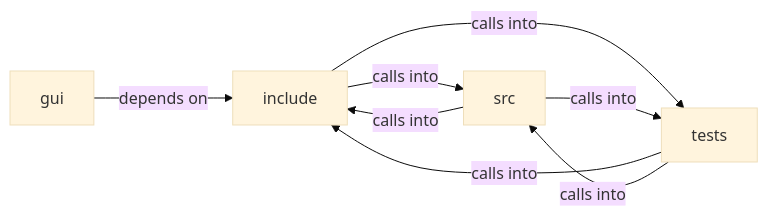
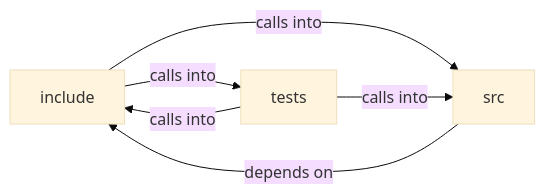
Before and after one commit to grisuno/FreeDom: the diagram in readmenator-diagrams/include_page_view.md, drawn with Mermaid (base theme). The commit also changed other lines of this file and 248 other files, not shown here.

````diff
--- a/readmenator-diagrams/include_page_view.md
+++ b/readmenator-diagrams/include_page_view.md
@@ -5,14 +5,11 @@
 ```mermaid
 graph LR
-    gui["gui"]
     include["include"]
     src["src"]
     tests["tests"]
-    gui -- "depends on" --> include
     include -- "calls into" --> src
     include -- "calls into" --> tests
-    src -- "calls into" --> include
-    src -- "calls into" --> tests
+    src -- "depends on" --> include
     tests -- "calls into" --> include
     tests -- "calls into" --> src
 ```
````
